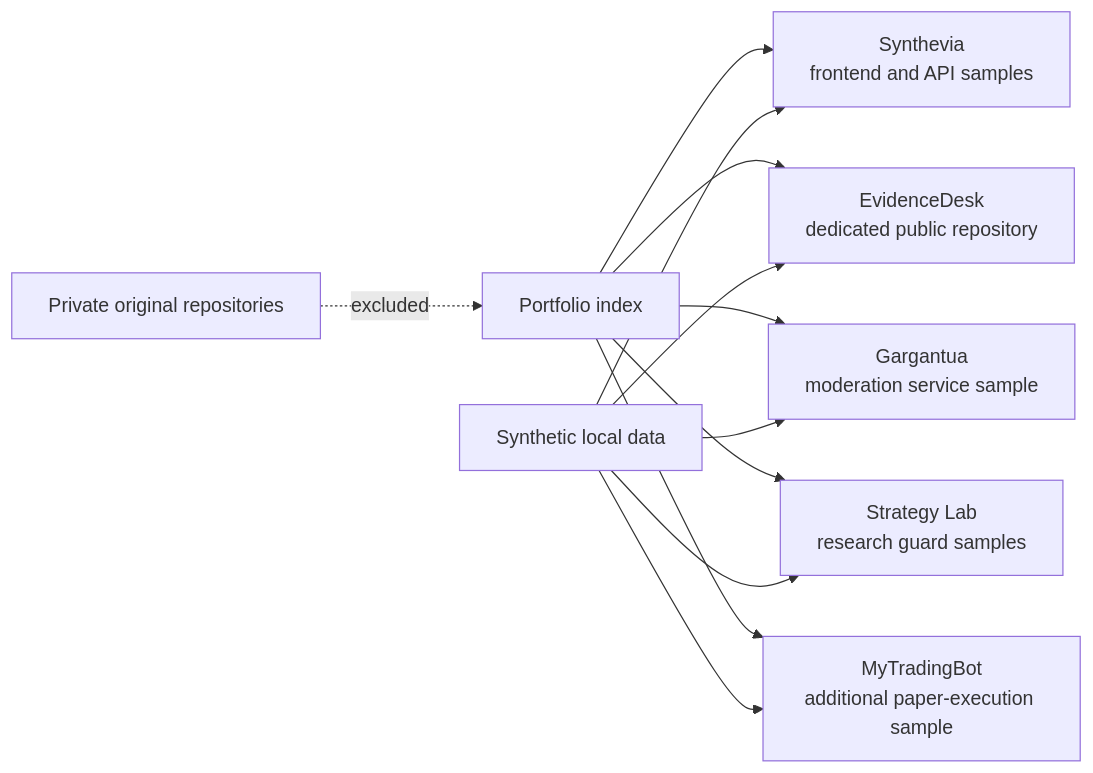
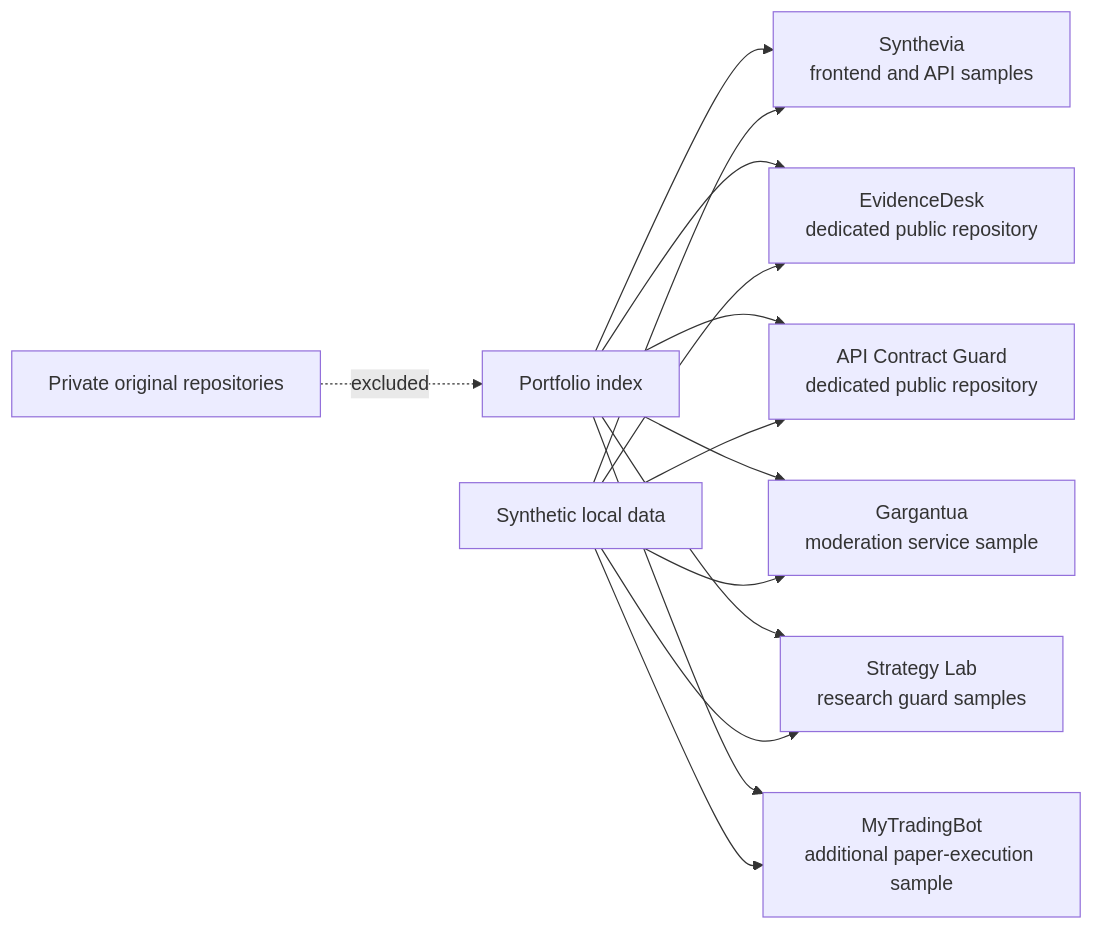
One commit to LuxuriantTech/software-engineering-portfolio changed the diagram in README.md. Above: the diagram before and after it, drawn with Mermaid. The commit also changed other lines of this file and 5 other files, not shown here.

Commit message:
Add API Contract Guard to portfolio

````diff
--- a/README.md
+++ b/README.md
@@ -35,16 +37,18 @@
 ```mermaid
 flowchart LR
     P[Portfolio index] --> S[Synthevia\nfrontend and API samples]
     P --> E[EvidenceDesk\ndedicated public repository]
+    P --> A[API Contract Guard\ndedicated public repository]
     P --> G[Gargantua\nmoderation service sample]
     P --> L[Strategy Lab\nresearch guard samples]
     P --> M[MyTradingBot\nadditional paper-execution sample]
 
     D[Synthetic local data] --> S
     D --> E
+    D --> A
     D --> G
     D --> L
     D --> M
 
     O[Private original repositories] -. excluded .-> P
 ```
````
